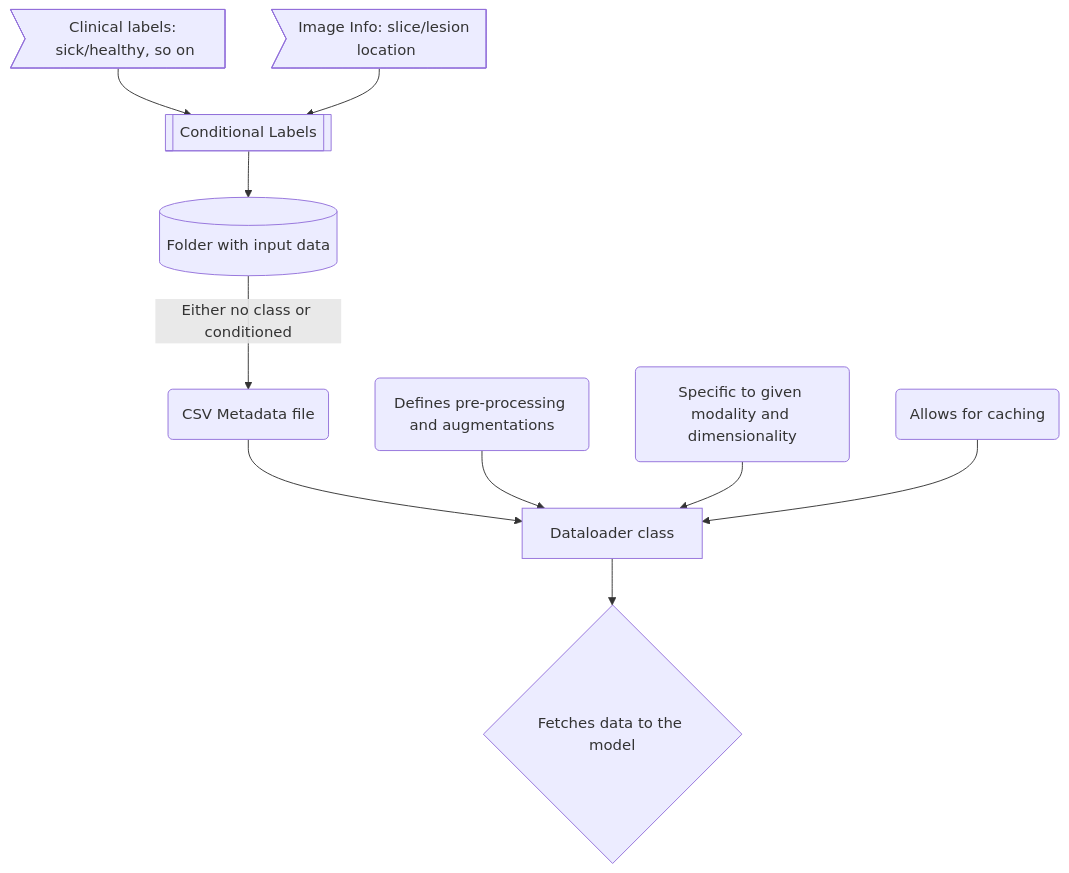
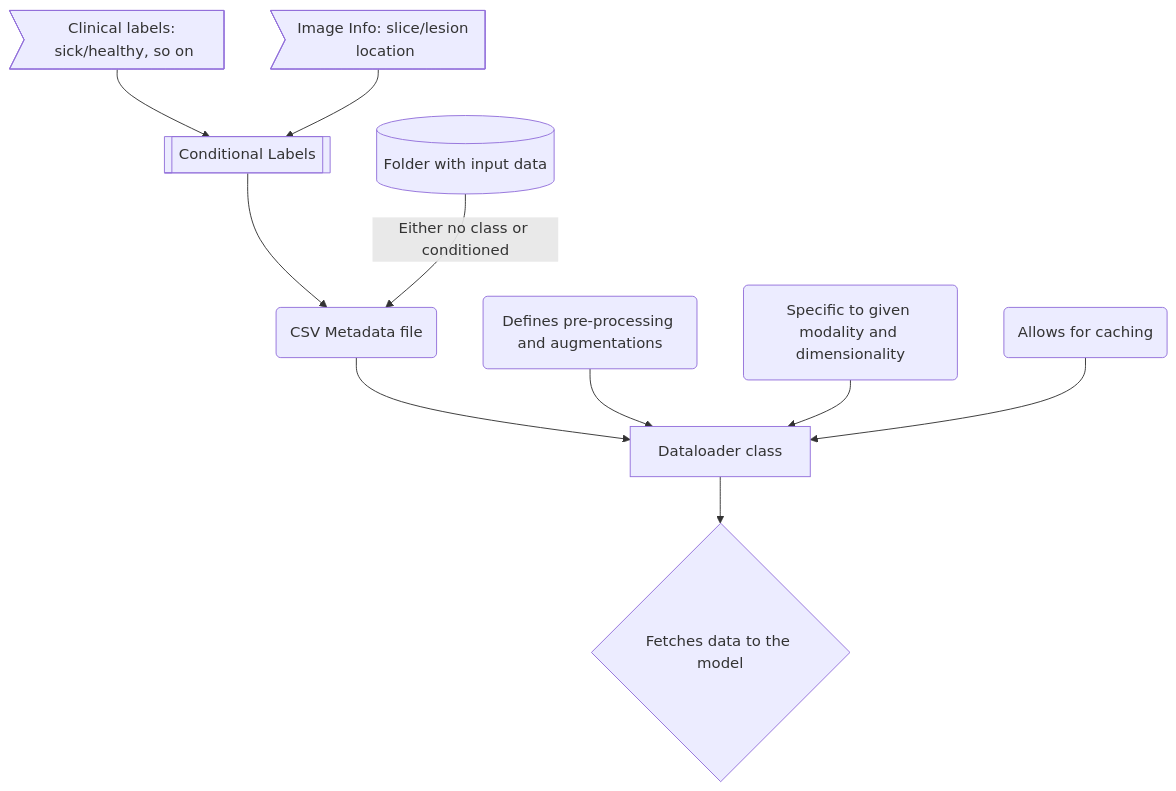
Before and after one commit to mlcommons/GaNDLF-Synth: the diagram in mermaid/dataloading.md, drawn with Mermaid.

````diff
--- a/mermaid/dataloading.md
+++ b/mermaid/dataloading.md
@@ -1,12 +1,12 @@
 ```mermaid
 flowchart TD
     L0>Clinical labels: sick/healthy, so on] -->Labels
     L1>Image Info: slice/lesion location] -->Labels
-    Labels[[Conditional Labels]] -->A
+    Labels[[Conditional Labels]] -->B
     A[(Folder with input data)] -->|Either no class or conditioned| B(CSV Metadata file)
     B --> C[Dataloader class]
     D(Defines pre-processing and augmentations) --> C
     E(Specific to given modality and dimensionality) --> C
     F(Allows for caching) --> C 
     C --> G{Fetches data to the model}
 ```
````
